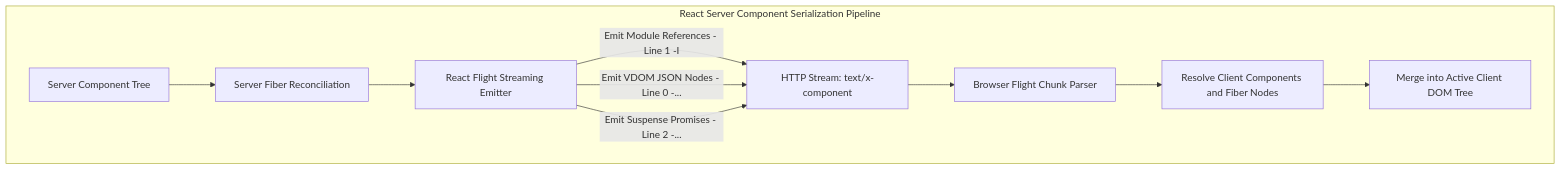
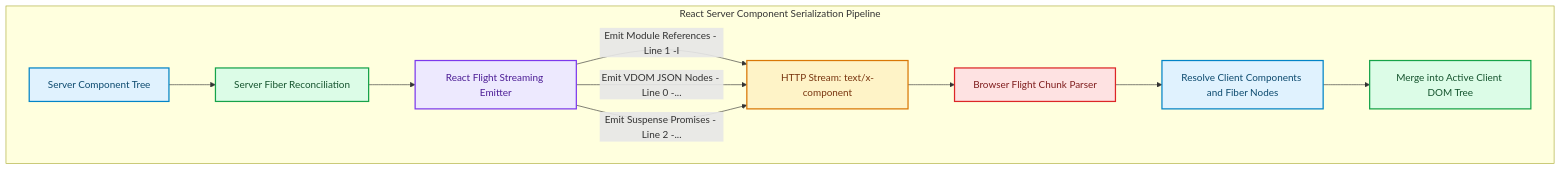
The diagram in blog/posts/deconstructing-react-flight-protocol-rsc-wire-format-streaming.md (akmalkhaniub/akmalkhaniub.github.io), drawn with Mermaid before and after one commit. The commit also changed 1291 other files, not shown here.

First line of the commit message:
feat(catalog): unique covers, scholarly references, and diagram palettes

````diff
--- a/blog/posts/deconstructing-react-flight-protocol-rsc-wire-format-streaming.md
+++ b/blog/posts/deconstructing-react-flight-protocol-rsc-wire-format-streaming.md
@@ -22,15 +22,26 @@
 ```mermaid
 flowchart TD
   subgraph FlightPipeline ["React Server Component Serialization Pipeline"]
     ServerTree["Server Component Tree"] --> FiberPass["Server Fiber Reconciliation"]
     FiberPass --> FlightEmitter["React Flight Streaming Emitter"]
     
     FlightEmitter -->|Emit Module References - Line 1 -I| Wire["HTTP Stream: text/x-component"]
     FlightEmitter -->|Emit VDOM JSON Nodes - Line 0 -...| Wire
     FlightEmitter -->|Emit Suspense Promises - Line 2 -...| Wire
     
     Wire --> ClientParser["Browser Flight Chunk Parser"]
     ClientParser --> ChunkResolver["Resolve Client Components and Fiber Nodes"]
     ChunkResolver --> DOMReconciliation["Merge into Active Client DOM Tree"]
   end
+
+classDef green fill:#dcfce7,stroke:#16a34a,stroke-width:2px,color:#14532d;
+classDef red fill:#fee2e2,stroke:#dc2626,stroke-width:2px,color:#7f1d1d;
+classDef blue fill:#e0f2fe,stroke:#0284c7,stroke-width:2px,color:#0c4a6e;
+classDef yellow fill:#fef3c7,stroke:#d97706,stroke-width:2px,color:#78350f;
+classDef purple fill:#ede9fe,stroke:#7c3aed,stroke-width:2px,color:#4c1d95;
+class ServerTree,ChunkResolver blue
+class FiberPass,DOMReconciliation green
+class FlightEmitter purple
+class Wire yellow
+class ClientParser red
 ```
````
